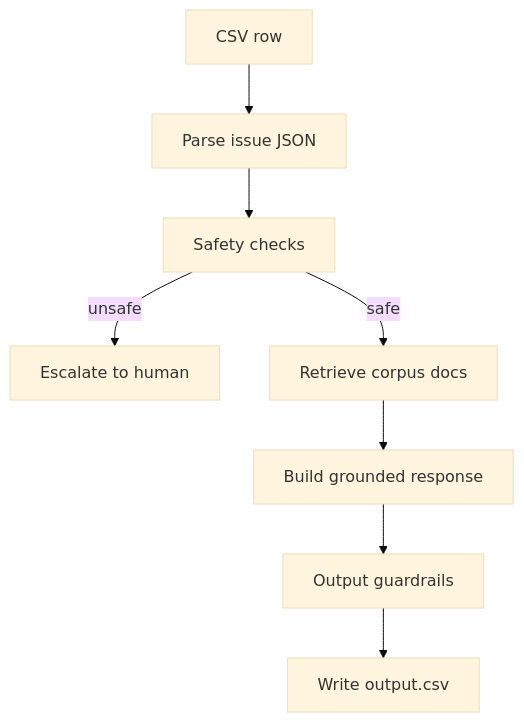
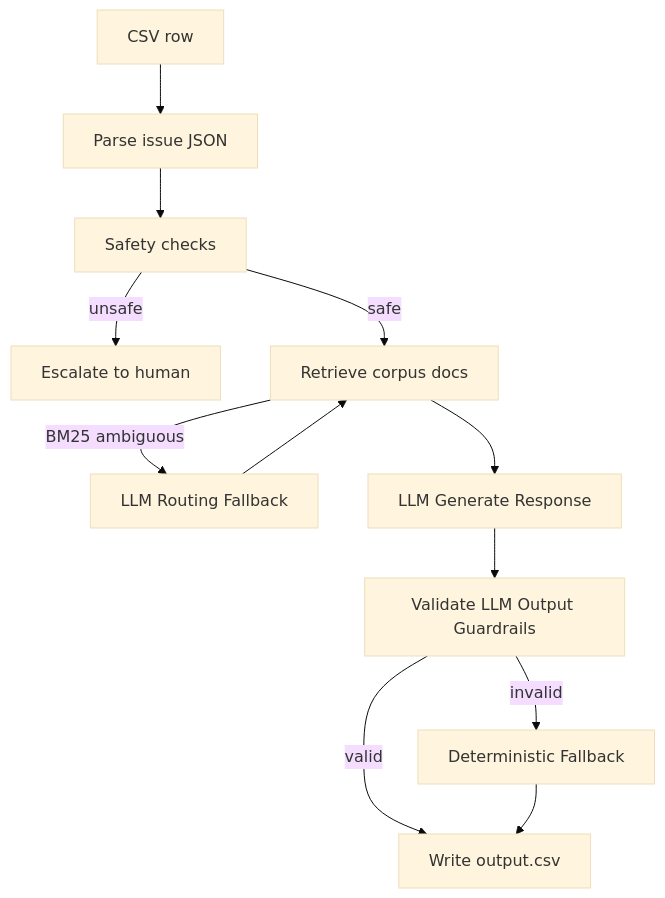
One commit to DishaGarg-16/support_agent changed the diagram in code/ARCHITECTURE.md. Above: the diagram before and after it, drawn with Mermaid (base theme). The commit also changed other lines of this file, not shown here.

Commit message:
updated the architecture diagram

````diff
--- a/code/ARCHITECTURE.md
+++ b/code/ARCHITECTURE.md
@@ -16,10 +16,14 @@
 ```mermaid
 flowchart TD
     A[CSV row] --> B[Parse issue JSON]
     B --> C[Safety checks]
     C -->|unsafe| D[Escalate to human]
     C -->|safe| E[Retrieve corpus docs]
-    E --> F[Build grounded response]
-    F --> G[Output guardrails]
-    G --> H[Write output.csv]
+    E -->|BM25 ambiguous| E2[LLM Routing Fallback]
+    E2 --> E
+    E --> F[LLM Generate Response]
+    F --> G[Validate LLM Output Guardrails]
+    G -->|invalid| G2[Deterministic Fallback]
+    G -->|valid| H[Write output.csv]
+    G2 --> H
 ```
````
